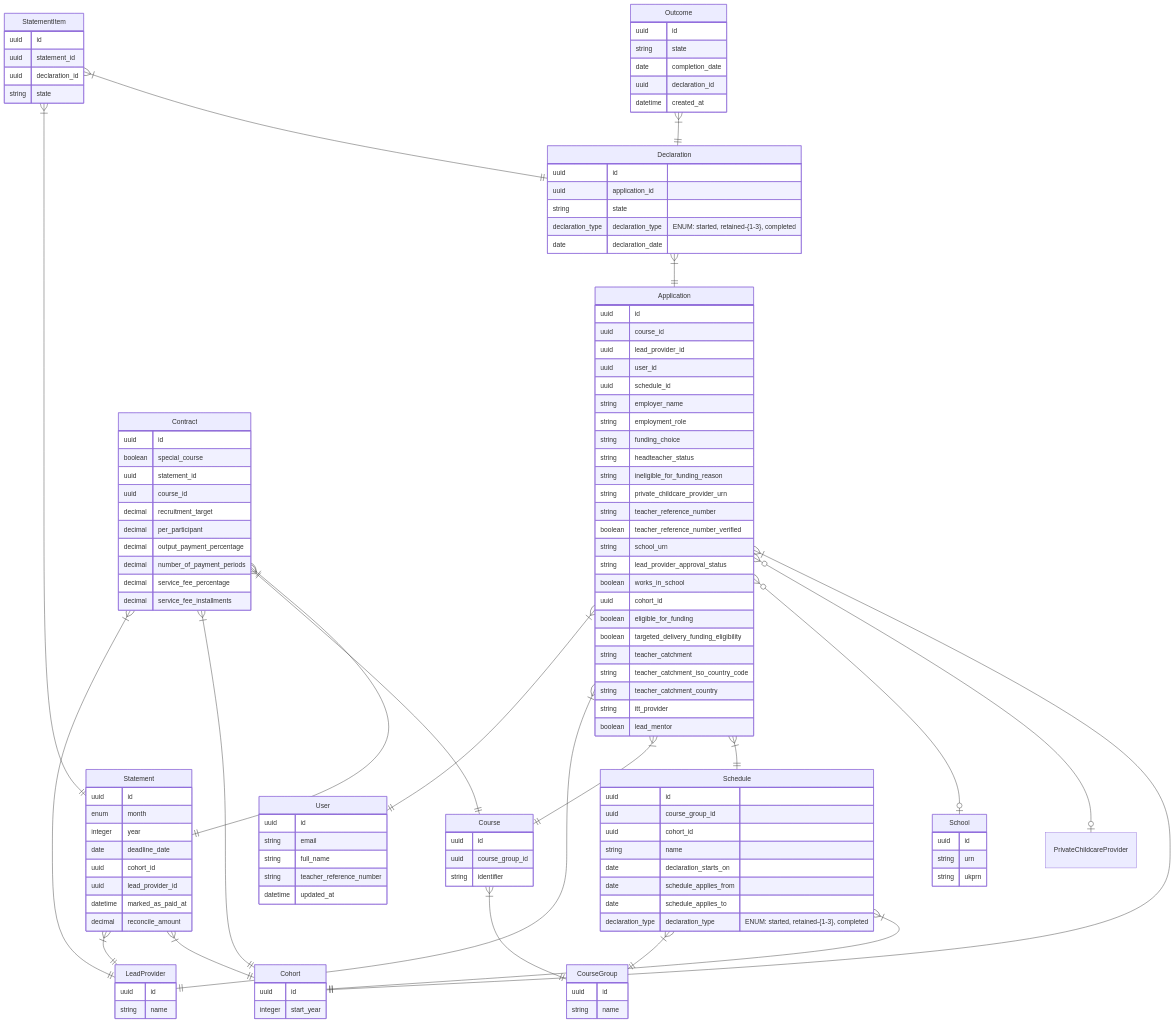
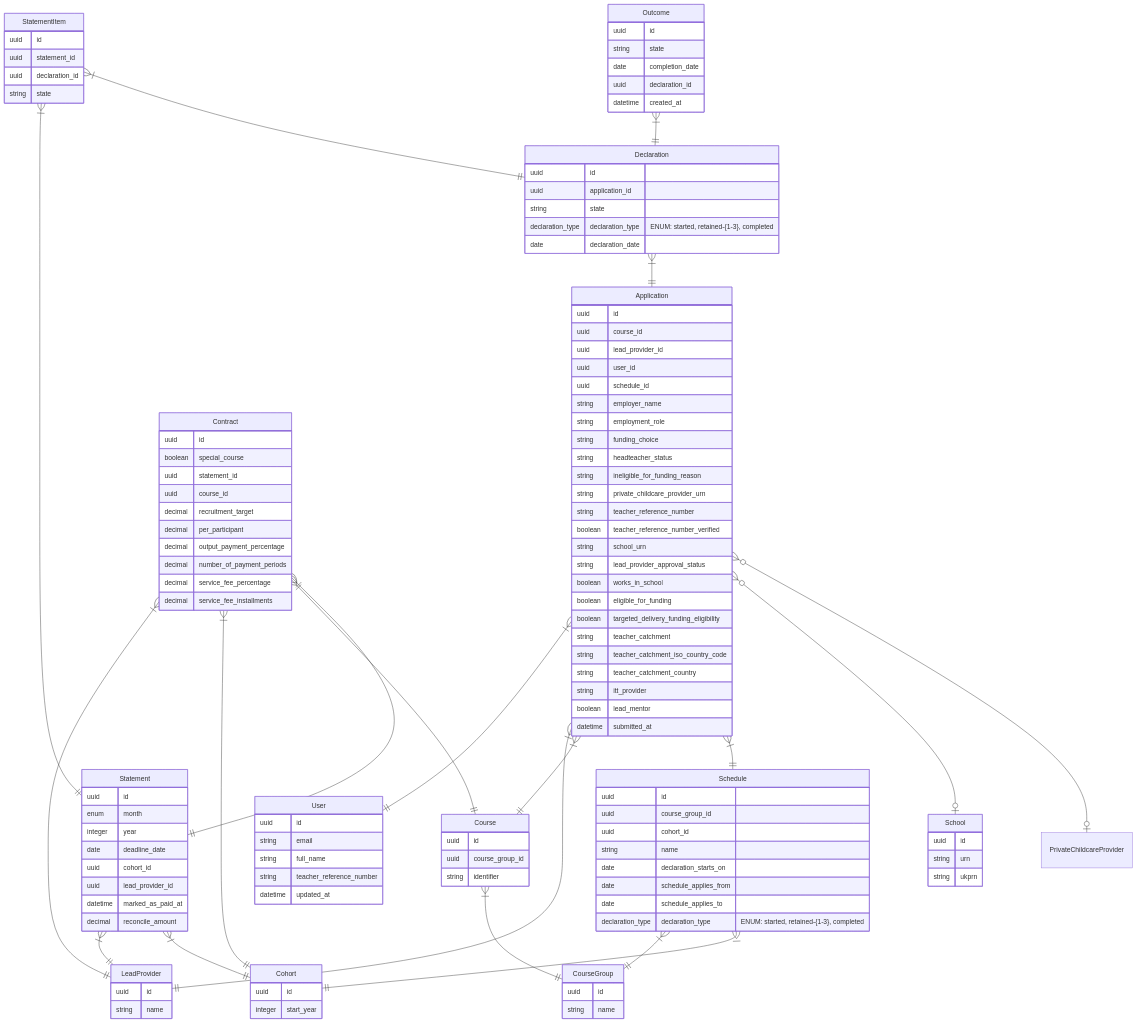
The second of 4 diagrams in data-modelling.md (DFE-Digital/npq-separation), drawn with Mermaid before and after one commit.

Commit message:
Replace cohort_id on applications with timestamp to calculate cohort
A schedule is linked to a cohort, to avoid denormalising the data,
remove cohort from applications, but freeze the time its been submitted
so we infer the cohort later on acceptance

```diff
--- a/data-modelling.md
+++ b/data-modelling.md
@@ -39,7 +39,6 @@
     Application }|--|| Schedule : ""
     Application }o--o| School : ""
     Application }o--o| PrivateChildcareProvider : ""
-    Application }|--|| Cohort : ""
 
     Declaration }|--|| Application : ""
 
@@ -98,7 +97,6 @@
         string school_urn
         string lead_provider_approval_status
         boolean works_in_school
-        uuid cohort_id
         boolean eligible_for_funding
         boolean targeted_delivery_funding_eligibility
         string teacher_catchment
@@ -106,6 +104,7 @@
         string teacher_catchment_country
         string itt_provider
         boolean lead_mentor
+        datetime submitted_at
     }
 
     Cohort {
```
